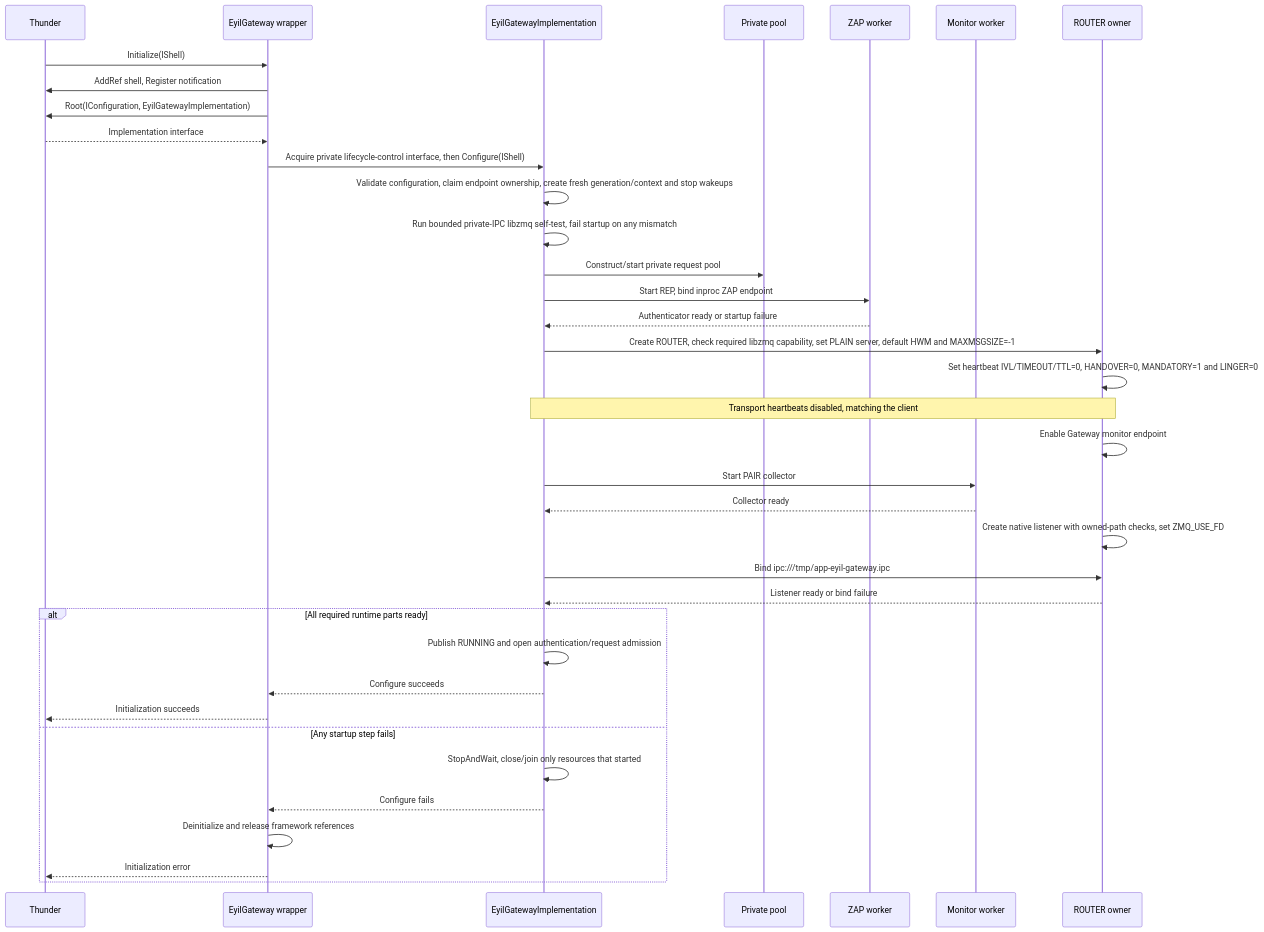
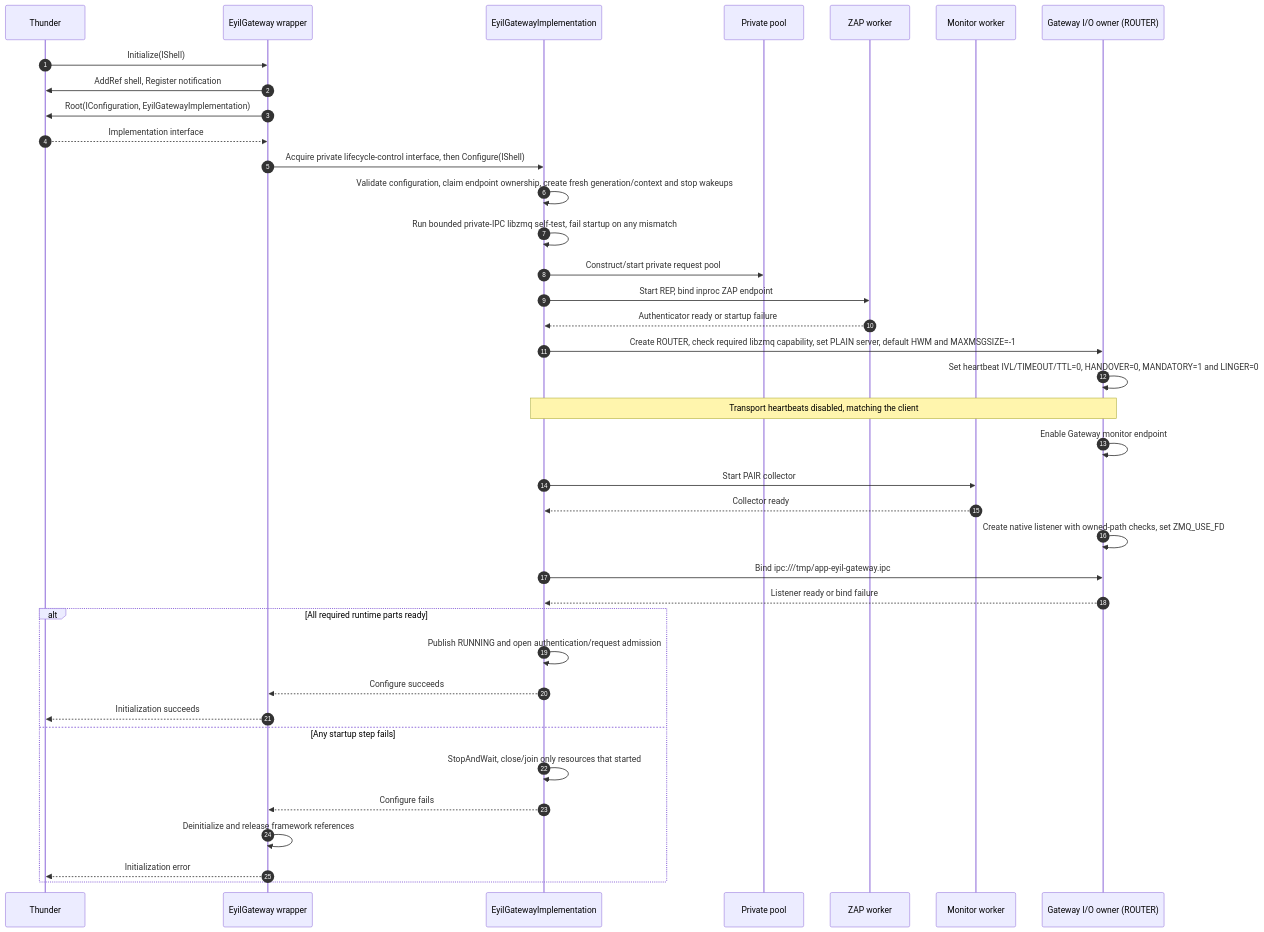
The second of 19 diagrams in doc/EyilGateway.md (rdkcentral/eyil-secure-gateway), drawn with Mermaid before and after one commit. The commit also changed other lines of this file and 1 other file, not shown here.

Commit message:
RDKEMW-27976: Fix UML charts

````diff
--- a/doc/EyilGateway.md
+++ b/doc/EyilGateway.md
@@ -411,39 +411,40 @@
 ```mermaid
 sequenceDiagram
+    autonumber
     participant T as Thunder
     participant P as EyilGateway wrapper
     participant I as EyilGatewayImplementation
     participant W as Private pool
     participant Z as ZAP worker
     participant M as Monitor worker
-    participant R as ROUTER owner
+    participant R as Gateway I/O owner (ROUTER)
     T->>P: Initialize(IShell)
     P->>T: AddRef shell, Register notification
     P->>T: Root(IConfiguration, EyilGatewayImplementation)
     T-->>P: Implementation interface
     P->>I: Acquire private lifecycle-control interface, then Configure(IShell)
     I->>I: Validate configuration, claim endpoint ownership, create fresh generation/context and stop wakeups
     I->>I: Run bounded private-IPC libzmq self-test, fail startup on any mismatch
     I->>W: Construct/start private request pool
     I->>Z: Start REP, bind inproc ZAP endpoint
     Z-->>I: Authenticator ready or startup failure
     I->>R: Create ROUTER, check required libzmq capability, set PLAIN server, default HWM and MAXMSGSIZE=-1
     R->>R: Set heartbeat IVL/TIMEOUT/TTL=0, HANDOVER=0, MANDATORY=1 and LINGER=0
     Note over I,R: Transport heartbeats disabled, matching the client
     R->>R: Enable Gateway monitor endpoint
     I->>M: Start PAIR collector
     M-->>I: Collector ready
     R->>R: Create native listener with owned-path checks, set ZMQ_USE_FD
     I->>R: Bind ipc:///tmp/app-eyil-gateway.ipc
     R-->>I: Listener ready or bind failure
     alt All required runtime parts ready
         I->>I: Publish RUNNING and open authentication/request admission
         I-->>P: Configure succeeds
         P-->>T: Initialization succeeds
     else Any startup step fails
         I->>I: StopAndWait, close/join only resources that started
         I-->>P: Configure fails
         P->>P: Deinitialize and release framework references
         P-->>T: Initialization error
     end
 ```
````
